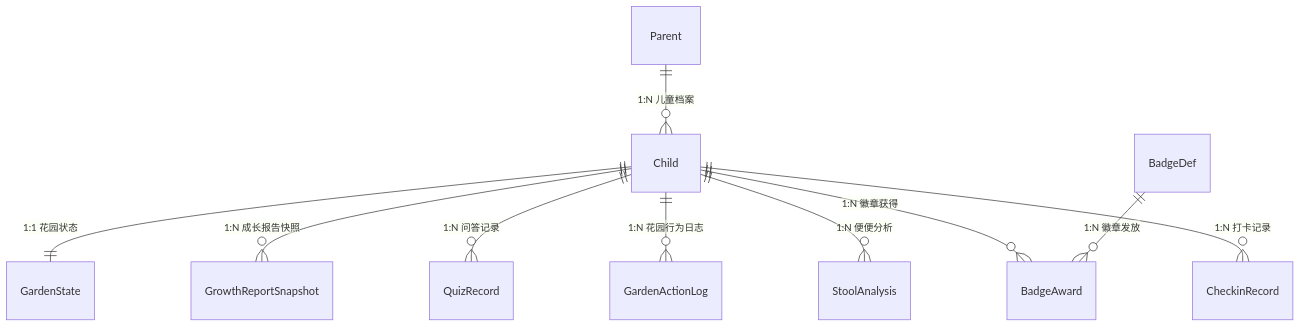
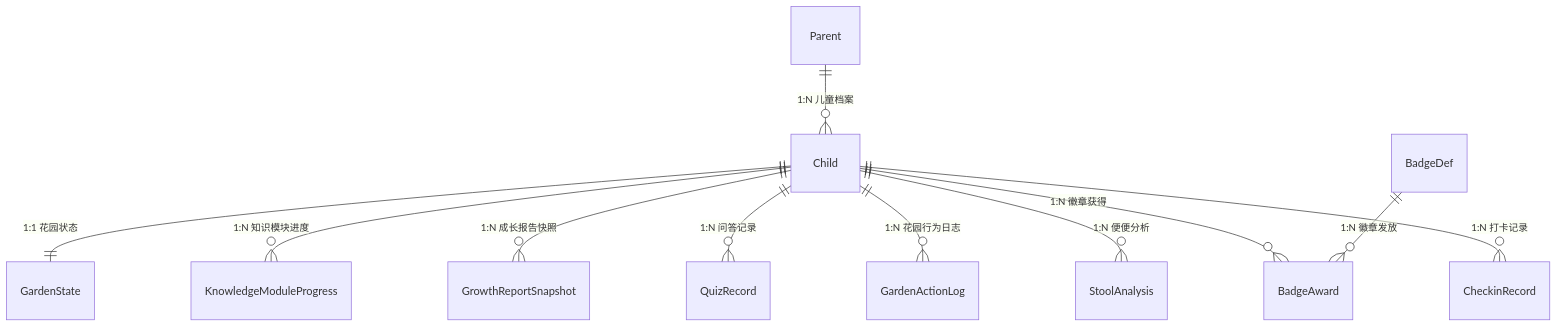
The diagram in docs/30-system-design/gut-garden_系统设计.md (Zeadeinsung/gut-garden), drawn with Mermaid before and after one commit. The commit also changed other lines of this file and 27 other files, not shown here.

````diff
--- a/docs/30-system-design/gut-garden_系统设计.md
+++ b/docs/30-system-design/gut-garden_系统设计.md
@@ -171,12 +185,13 @@
 ```mermaid
 erDiagram
     Parent ||--o{ Child : "1:N 儿童档案"
     Child ||--o{ CheckinRecord : "1:N 打卡记录"
     Child ||--o{ StoolAnalysis : "1:N 便便分析"
     Child ||--o{ BadgeAward : "1:N 徽章获得"
     Child ||--o{ GardenActionLog : "1:N 花园行为日志"
     Child ||--o{ QuizRecord : "1:N 问答记录"
     Child ||--o{ GrowthReportSnapshot : "1:N 成长报告快照"
+    Child ||--o{ KnowledgeModuleProgress : "1:N 知识模块进度"
     BadgeDef ||--o{ BadgeAward : "1:N 徽章发放"
     Child ||--|| GardenState : "1:1 花园状态"
 ```
````
